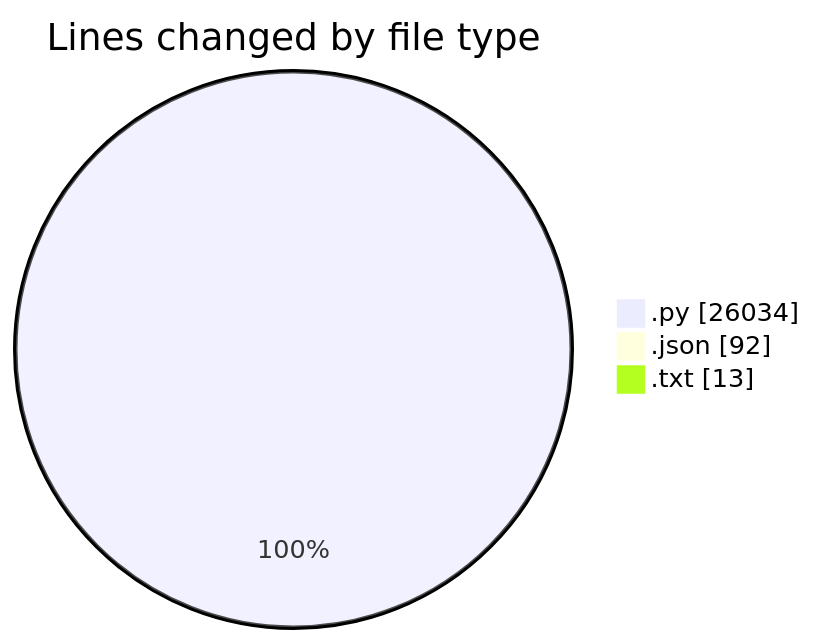
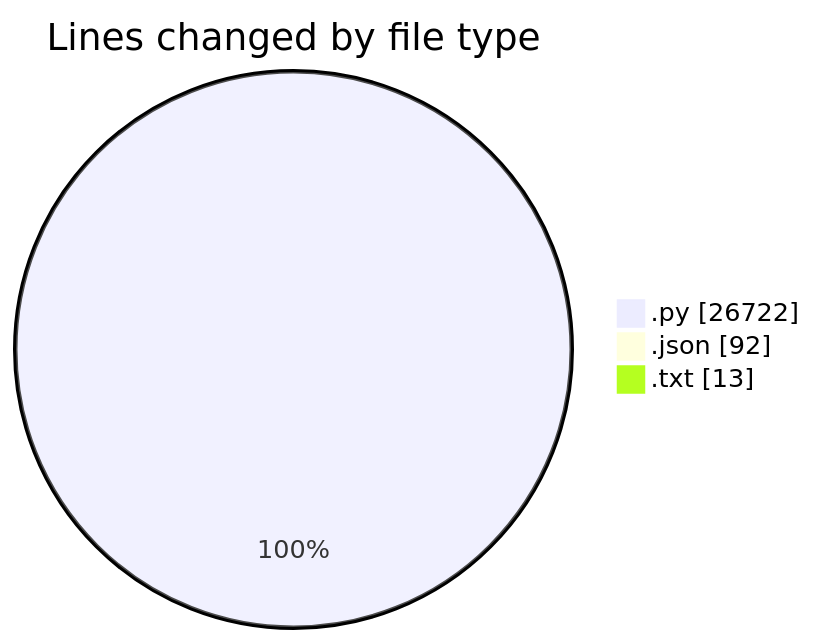
The first of 2 diagrams in 2025-07-13/telebot/README.md (jrari/code-tracking), drawn with Mermaid before and after one commit. The commit also changed other lines of this file and 1 other file, not shown here.

````diff
--- a/2025-07-13/telebot/README.md
+++ b/2025-07-13/telebot/README.md
@@ -63,7 +64,7 @@
 ```mermaid
 pie showData
 title Lines changed by file type
-".py" : 26034
+".py" : 26722
 ".json" : 92
 ".txt" : 13
 ```
````
